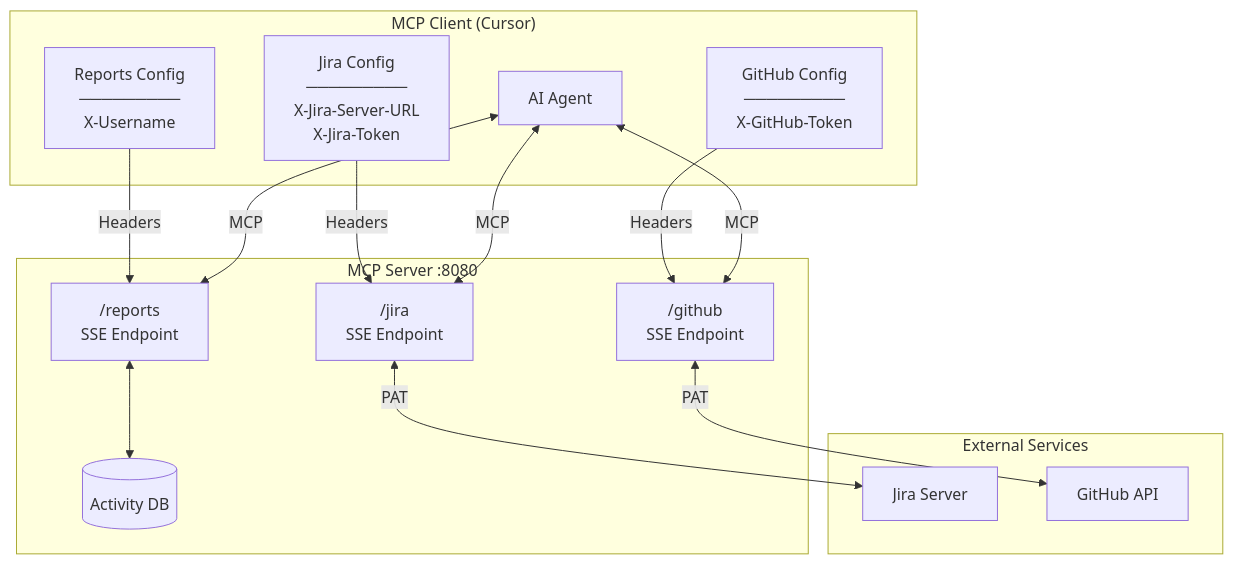
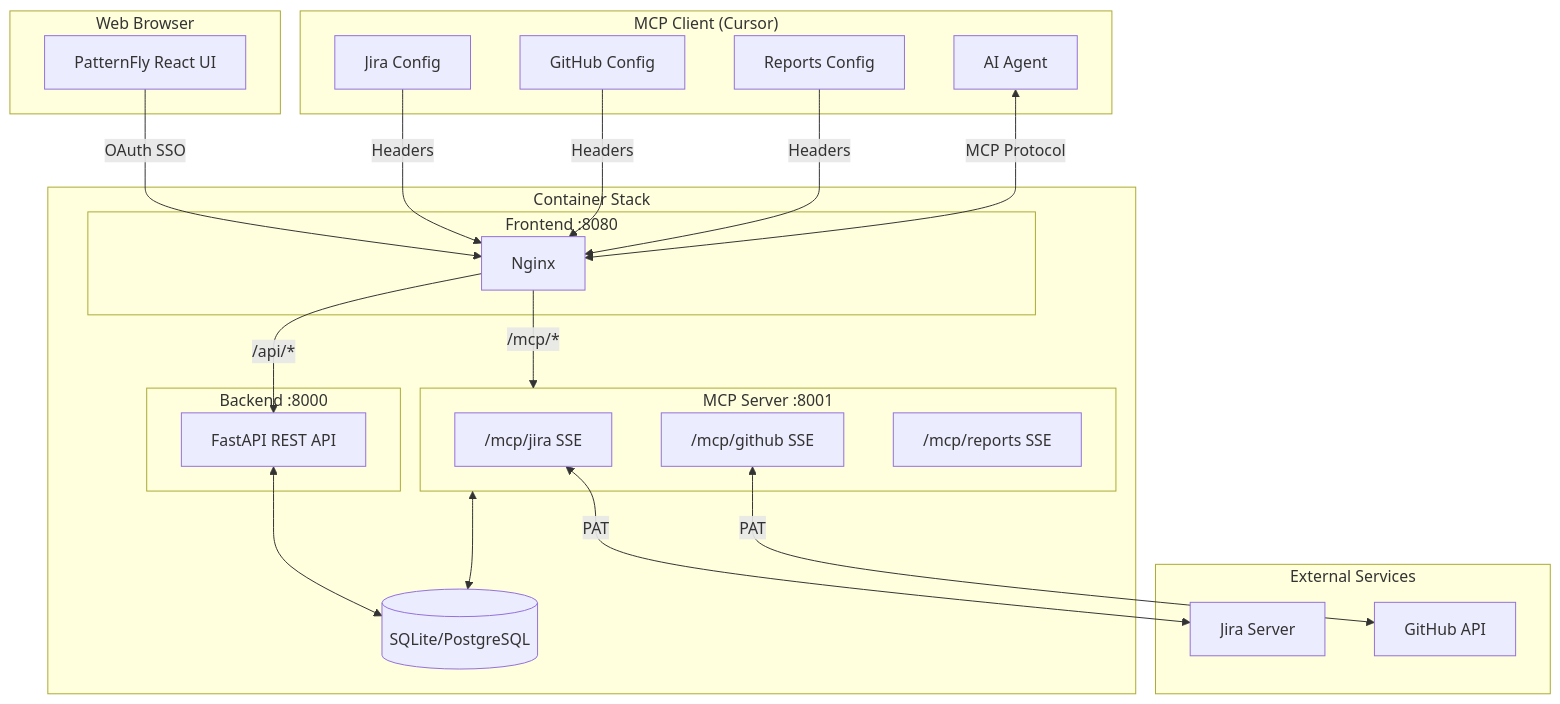
The first of 2 diagrams in README.md (nemerna/ghost), drawn with Mermaid before and after one commit. The commit also changed other lines of this file, not shown here.

First line of the commit message:
docs: update README for multi-container architecture and new features

````diff
--- a/README.md
+++ b/README.md
@@ -53,31 +55,47 @@
 ```mermaid
 flowchart TB
     subgraph Client["MCP Client (Cursor)"]
         IDE[AI Agent]
-        JiraConfig["Jira Config<br/>─────────<br/>X-Jira-Server-URL<br/>X-Jira-Token"]
-        GitHubConfig["GitHub Config<br/>─────────<br/>X-GitHub-Token"]
-        ReportsConfig["Reports Config<br/>─────────<br/>X-Username"]
+        JiraConfig["Jira Config"]
+        GitHubConfig["GitHub Config"]
+        ReportsConfig["Reports Config"]
     end
 
-    subgraph Server["MCP Server :8080"]
-        JiraSSE["/jira<br/>SSE Endpoint"]
-        GitHubSSE["/github<br/>SSE Endpoint"]
-        ReportsSSE["/reports<br/>SSE Endpoint"]
-        DB[(Activity DB)]
+    subgraph Browser["Web Browser"]
+        WebUI[PatternFly React UI]
+    end
+
+    subgraph Containers["Container Stack"]
+        subgraph Frontend["Frontend :8080"]
+            Nginx[Nginx]
+        end
+        subgraph Backend["Backend :8000"]
+            FastAPI[FastAPI REST API]
+        end
+        subgraph MCP["MCP Server :8001"]
+            JiraSSE["/mcp/jira SSE"]
+            GitHubSSE["/mcp/github SSE"]
+            ReportsSSE["/mcp/reports SSE"]
+        end
+        DB[(SQLite/PostgreSQL)]
     end
 
     subgraph External["External Services"]
         Jira[Jira Server]
         GitHub[GitHub API]
     end
 
-    JiraConfig -->|Headers| JiraSSE
-    GitHubConfig -->|Headers| GitHubSSE
-    ReportsConfig -->|Headers| ReportsSSE
-    IDE <-->|MCP| JiraSSE
-    IDE <-->|MCP| GitHubSSE
-    IDE <-->|MCP| ReportsSSE
+    WebUI -->|OAuth SSO| Nginx
+    Nginx -->|"/api/*"| FastAPI
+    Nginx -->|"/mcp/*"| MCP
+    FastAPI <--> DB
+    MCP <--> DB
+
+    JiraConfig -->|Headers| Nginx
+    GitHubConfig -->|Headers| Nginx
+    ReportsConfig -->|Headers| Nginx
+    IDE <-->|MCP Protocol| Nginx
+
     JiraSSE <-->|PAT| Jira
-    ReportsSSE <--> DB
     GitHubSSE <-->|PAT| GitHub
 ```
````
